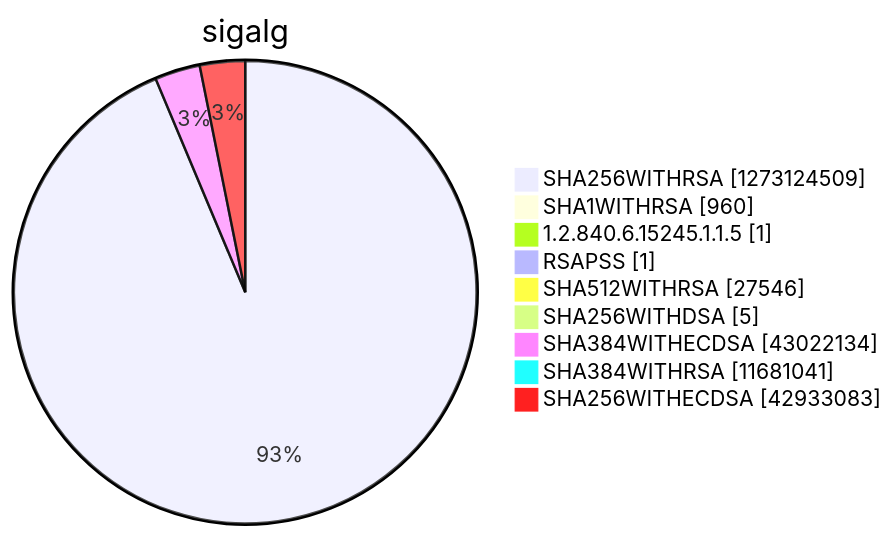
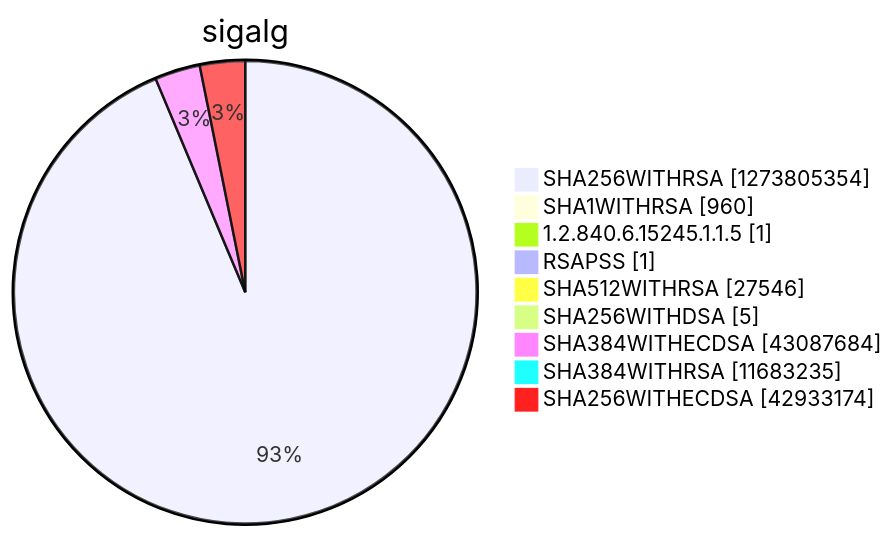
Before and after one commit to christiankrug/ctmonitor_visualization: diagram 15 of 15 in argon2022/README.md, drawn with Mermaid. The commit also changed other lines of this file, not shown here.

````diff
--- a/argon2022/README.md
+++ b/argon2022/README.md
@@ -5522,13 +5522,13 @@
 ```mermaid
 pie showData
 title sigalg
-"SHA256WITHRSA" :1273124509
+"SHA256WITHRSA" :1273805354
 "SHA1WITHRSA" :960
 "1.2.840.6.15245.1.1.5" :1
 "RSAPSS" :1
 "SHA512WITHRSA" :27546
 "SHA256WITHDSA" :5
-"SHA384WITHECDSA" :43022134
-"SHA384WITHRSA" :11681041
-"SHA256WITHECDSA" :42933083
+"SHA384WITHECDSA" :43087684
+"SHA384WITHRSA" :11683235
+"SHA256WITHECDSA" :42933174
 ```
````
